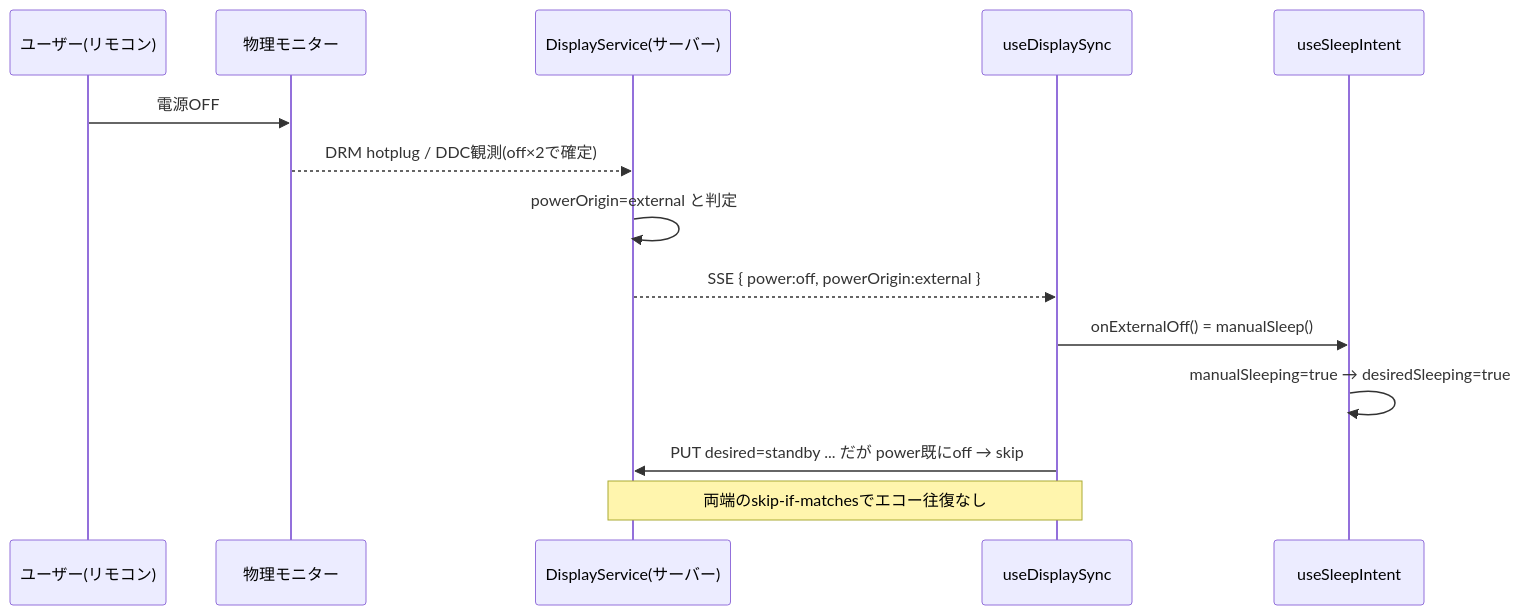
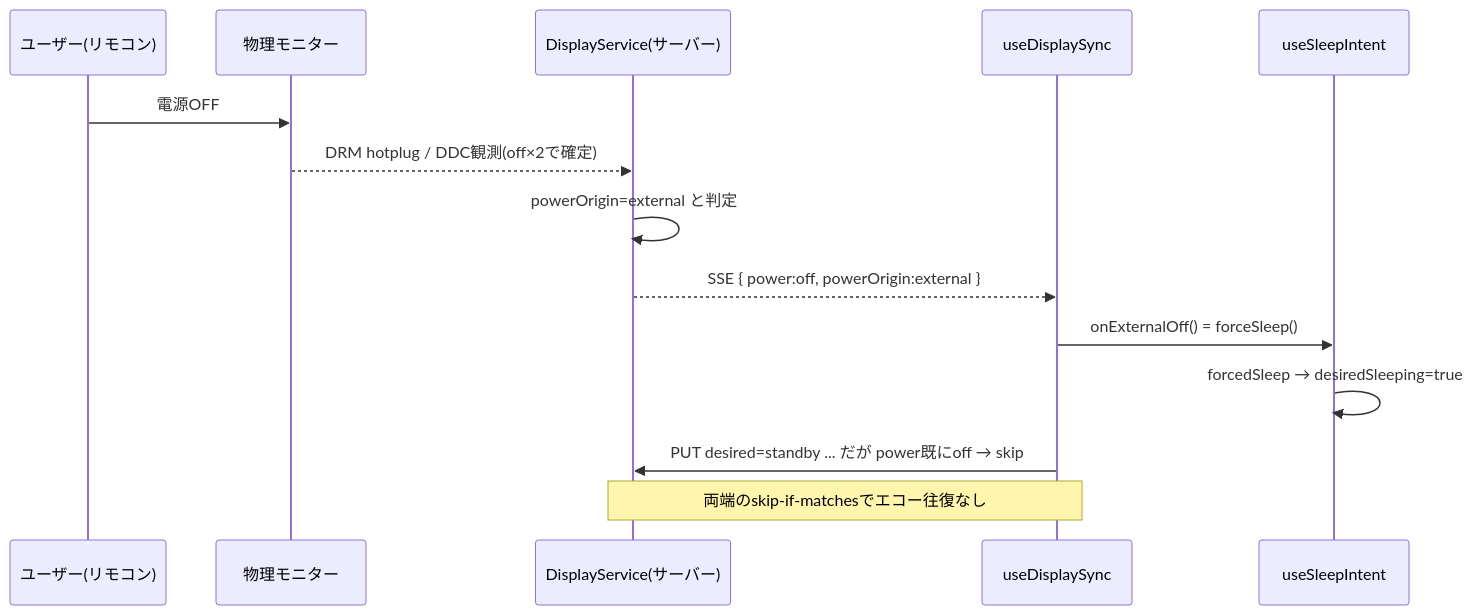
The second of 2 diagrams in docs/sleep-display-spec.md (kishimotonico/asamiru), drawn with Mermaid before and after one commit. The commit also changed other lines of this file and 1 other file, not shown here.

````diff
--- a/docs/sleep-display-spec.md
+++ b/docs/sleep-display-spec.md
@@ -143,17 +151,17 @@
 ```mermaid
 sequenceDiagram
     participant U as ユーザー(リモコン)
     participant Mon as 物理モニター
     participant Srv as DisplayService(サーバー)
     participant Cli as useDisplaySync
     participant Intent as useSleepIntent
 
     U->>Mon: 電源OFF
     Mon-->>Srv: DRM hotplug / DDC観測(off×2で確定)
     Srv->>Srv: powerOrigin=external と判定
     Srv-->>Cli: SSE { power:off, powerOrigin:external }
-    Cli->>Intent: onExternalOff() = manualSleep()
-    Intent->>Intent: manualSleeping=true → desiredSleeping=true
+    Cli->>Intent: onExternalOff() = forceSleep()
+    Intent->>Intent: forcedSleep → desiredSleeping=true
     Cli->>Srv: PUT desired=standby ... だが power既にoff → skip
     Note over Cli,Srv: 両端のskip-if-matchesでエコー往復なし
 ```
````
